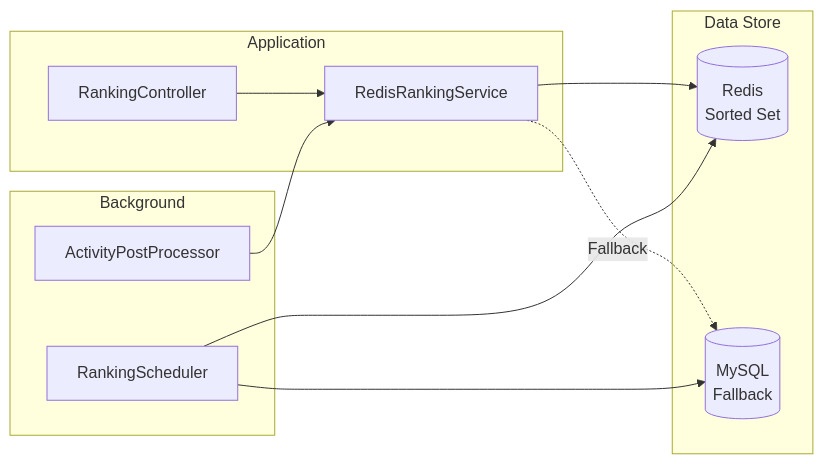
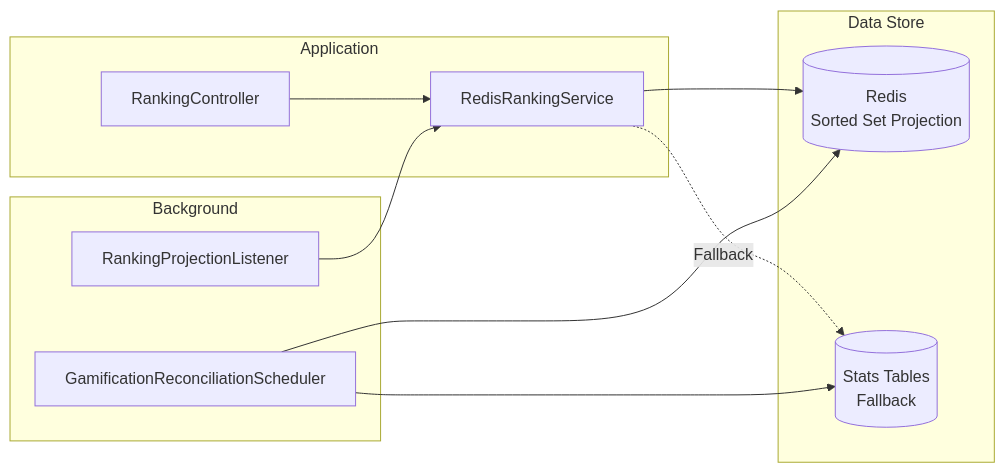
Before and after one commit to beginner0107/eventitta: the eighth of 9 diagrams in docs/ARCHITECTURE.md, drawn with Mermaid. The commit also changed other lines of this file and 949 other files, not shown here.

````diff
--- a/docs/ARCHITECTURE.md
+++ b/docs/ARCHITECTURE.md
@@ -329,24 +389,24 @@
 ```mermaid
 graph LR
     subgraph "Application"
         A[RankingController]
         B[RedisRankingService]
     end
 
     subgraph "Data Store"
-        C[(Redis<br>Sorted Set)]
-        D[(MySQL<br>Fallback)]
+        C[(Redis<br>Sorted Set Projection)]
+        D[(Stats Tables<br>Fallback)]
     end
 
     subgraph "Background"
-        E[ActivityPostProcessor]
-        F[RankingScheduler]
+        E[RankingProjectionListener]
+        F[GamificationReconciliationScheduler]
     end
 
     A --> B
     B --> C
     B -.Fallback.-> D
     E --> B
     F --> C
     F --> D
 ```
````
